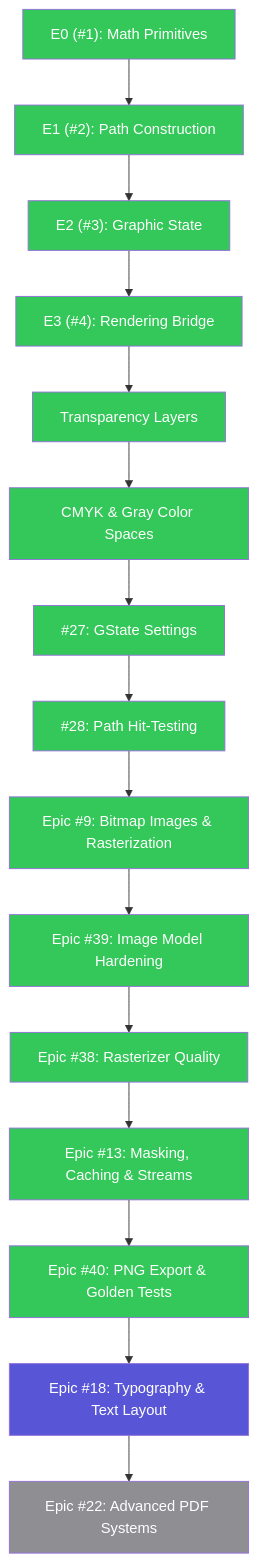
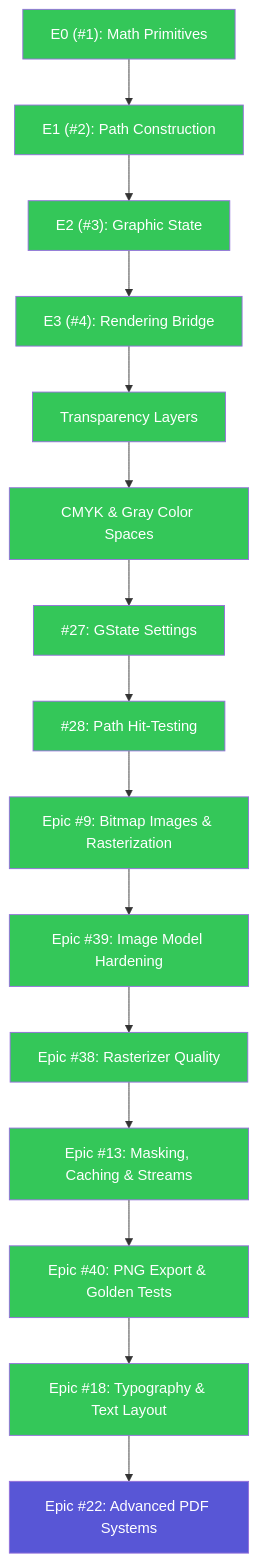
The first of 2 diagrams in docs/prioritized_roadmap.md (SlayerMotion/PureDraw), drawn with Mermaid before and after one commit. The commit also changed 1 other file, not shown here.

Commit message:
docs: mark typography epic done in roadmap diagrams
Native TrueType parsing and vector text showing are shipped; the
advanced PDF epic moves up as the next workstream.

````diff
--- a/docs/prioritized_roadmap.md
+++ b/docs/prioritized_roadmap.md
@@ -10,25 +10,25 @@
 ```mermaid
 flowchart TB
     classDef done    fill:#34C759,color:#FFFFFF
     classDef active  fill:#007AFF,color:#FFFFFF
     classDef review  fill:#30B0C7,color:#FFFFFF
     classDef next    fill:#5856D6,color:#FFFFFF
     classDef partial fill:#FF9500,color:#FFFFFF
     classDef todo    fill:#8E8E93,color:#FFFFFF
 
-    E0["E0 (#1): Math Primitives"]:::done --> E1["E1 (#2): Path Construction"]:::done --> E2["E2 (#3): Graphic State"]:::done --> E3["E3 (#4): Rendering Bridge"]:::done --> TL["Transparency Layers"]:::done --> CS["CMYK & Gray Color Spaces"]:::done --> P1_1["#27: GState Settings"]:::done --> P1_2["#28: Path Hit-Testing"]:::done --> Epic9["Epic #9: Bitmap Images & Rasterization"]:::done --> Epic39["Epic #39: Image Model Hardening"]:::done --> Epic38["Epic #38: Rasterizer Quality"]:::done --> Epic13["Epic #13: Masking, Caching & Streams"]:::done --> Epic40["Epic #40: PNG Export & Golden Tests"]:::done --> Epic18["Epic #18: Typography & Text Layout"]:::next --> Epic22["Epic #22: Advanced PDF Systems"]:::todo
+    E0["E0 (#1): Math Primitives"]:::done --> E1["E1 (#2): Path Construction"]:::done --> E2["E2 (#3): Graphic State"]:::done --> E3["E3 (#4): Rendering Bridge"]:::done --> TL["Transparency Layers"]:::done --> CS["CMYK & Gray Color Spaces"]:::done --> P1_1["#27: GState Settings"]:::done --> P1_2["#28: Path Hit-Testing"]:::done --> Epic9["Epic #9: Bitmap Images & Rasterization"]:::done --> Epic39["Epic #39: Image Model Hardening"]:::done --> Epic38["Epic #38: Rasterizer Quality"]:::done --> Epic13["Epic #13: Masking, Caching & Streams"]:::done --> Epic40["Epic #40: PNG Export & Golden Tests"]:::done --> Epic18["Epic #18: Typography & Text Layout"]:::done --> Epic22["Epic #22: Advanced PDF Systems"]:::next
 
     click E0 href "https://github.com/mihaelamj/PureDraw/issues/1" "E0"
     click E1 href "https://github.com/mihaelamj/PureDraw/issues/2" "E1"
     click E2 href "https://github.com/mihaelamj/PureDraw/issues/3" "E2"
     click E3 href "https://github.com/mihaelamj/PureDraw/issues/4" "E3"
     click P1_1 href "https://github.com/mihaelamj/PureDraw/issues/27" "Issue #27"
     click P1_2 href "https://github.com/mihaelamj/PureDraw/issues/28" "Issue #28"
     click Epic9 href "https://github.com/mihaelamj/PureDraw/issues/9" "Epic #9"
     click Epic39 href "https://github.com/mihaelamj/PureDraw/issues/39" "Epic #39"
     click Epic38 href "https://github.com/mihaelamj/PureDraw/issues/38" "Epic #38"
     click Epic13 href "https://github.com/mihaelamj/PureDraw/issues/13" "Epic #13"
     click Epic40 href "https://github.com/mihaelamj/PureDraw/issues/40" "Epic #40"
     click Epic18 href "https://github.com/mihaelamj/PureDraw/issues/18" "Epic #18"
     click Epic22 href "https://github.com/mihaelamj/PureDraw/issues/22" "Epic #22"
 ```
````
